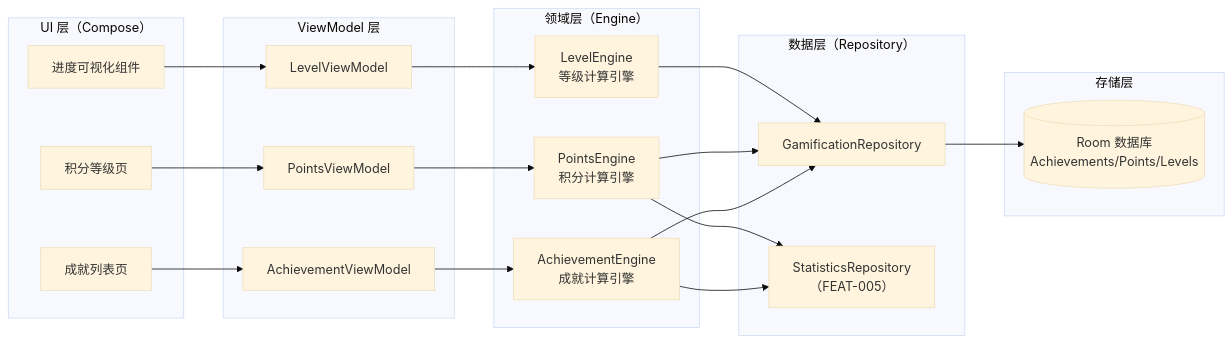
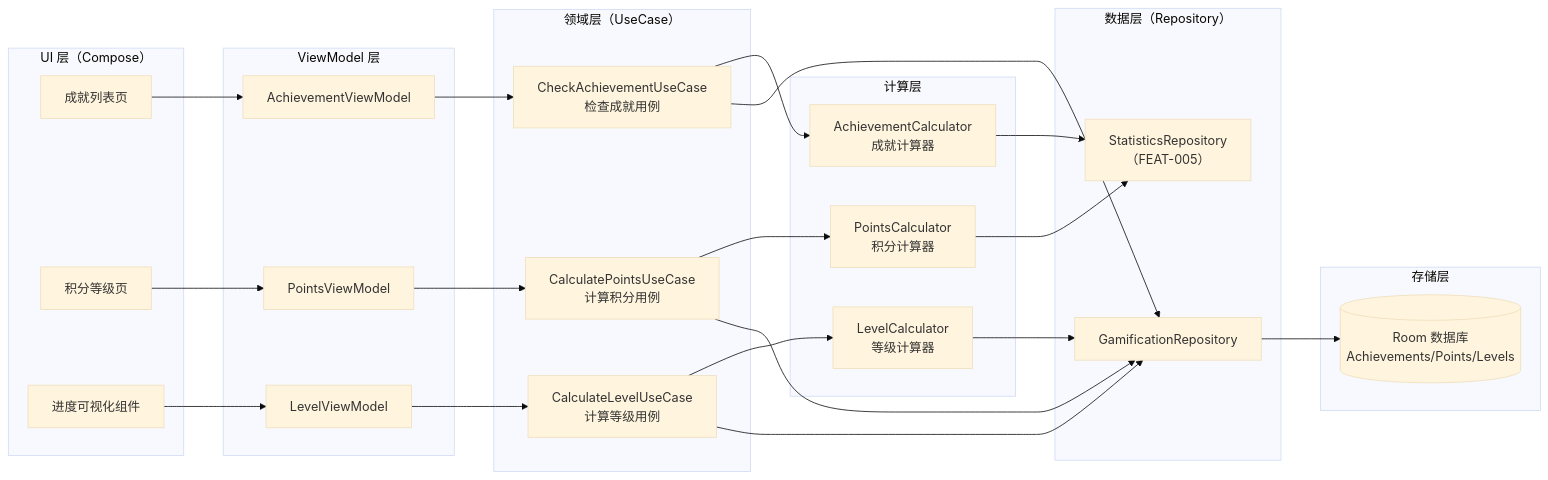
The third of 6 diagrams in specs/epics/EPIC-001-word-memory-app/features/FEAT-004-gamification-incentive/full-design.md (jackykarma/Verity), drawn with Mermaid (base theme) before and after one commit. The commit also changed other lines of this file and 20 other files, not shown here.

````diff
--- a/specs/epics/EPIC-001-word-memory-app/features/FEAT-004-gamification-incentive/full-design.md
+++ b/specs/epics/EPIC-001-word-memory-app/features/FEAT-004-gamification-incentive/full-design.md
@@ -149,46 +150,55 @@
 ```mermaid
 flowchart LR
   subgraph UI["UI 层（Compose）"]
     AchievementList["成就列表页"]
     PointsLevel["积分等级页"]
     Progress["进度可视化组件"]
   end
 
   subgraph VM["ViewModel 层"]
     AchievementVM["AchievementViewModel"]
     PointsVM["PointsViewModel"]
     LevelVM["LevelViewModel"]
   end
 
-  subgraph Domain["领域层（Engine）"]
-    AchievementEngine["AchievementEngine<br/>成就计算引擎"]
-    PointsEngine["PointsEngine<br/>积分计算引擎"]
-    LevelEngine["LevelEngine<br/>等级计算引擎"]
+  subgraph Domain["领域层（UseCase）"]
+    CheckAchievementUseCase["CheckAchievementUseCase<br/>检查成就用例"]
+    CalculatePointsUseCase["CalculatePointsUseCase<br/>计算积分用例"]
+    CalculateLevelUseCase["CalculateLevelUseCase<br/>计算等级用例"]
+  end
+  subgraph Calculator["计算层"]
+    AchievementCalculator["AchievementCalculator<br/>成就计算器"]
+    PointsCalculator["PointsCalculator<br/>积分计算器"]
+    LevelCalculator["LevelCalculator<br/>等级计算器"]
   end
 
   subgraph Data["数据层（Repository）"]
     GamificationRepo["GamificationRepository"]
     StatsRepo["StatisticsRepository<br/>（FEAT-005）"]
   end
 
   subgraph Storage["存储层"]
     RoomDB[(Room 数据库<br/>Achievements/Points/Levels)]
   end
 
   AchievementList --> AchievementVM
   PointsLevel --> PointsVM
   Progress --> LevelVM
 
-  AchievementVM --> AchievementEngine
-  PointsVM --> PointsEngine
-  LevelVM --> LevelEngine
+  AchievementVM --> CheckAchievementUseCase
+  PointsVM --> CalculatePointsUseCase
+  LevelVM --> CalculateLevelUseCase
 
-  AchievementEngine --> GamificationRepo
-  PointsEngine --> GamificationRepo
-  LevelEngine --> GamificationRepo
+  CheckAchievementUseCase --> AchievementCalculator
+  CheckAchievementUseCase --> GamificationRepo
+  CalculatePointsUseCase --> PointsCalculator
+  CalculatePointsUseCase --> GamificationRepo
+  CalculateLevelUseCase --> LevelCalculator
+  CalculateLevelUseCase --> GamificationRepo
 
-  AchievementEngine --> StatsRepo
-  PointsEngine --> StatsRepo
+  AchievementCalculator --> StatsRepo
+  PointsCalculator --> StatsRepo
+  LevelCalculator --> GamificationRepo
 
   GamificationRepo --> RoomDB
 ```
````
